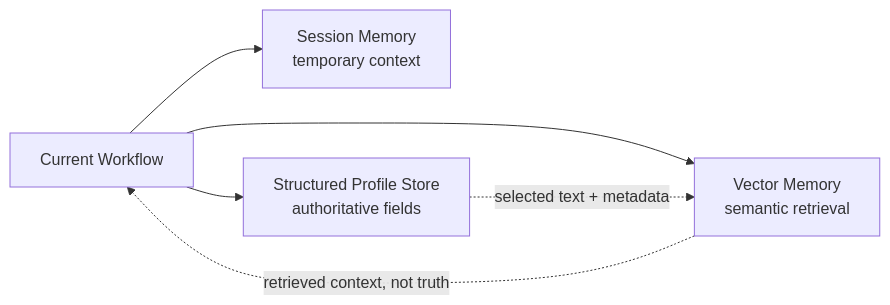
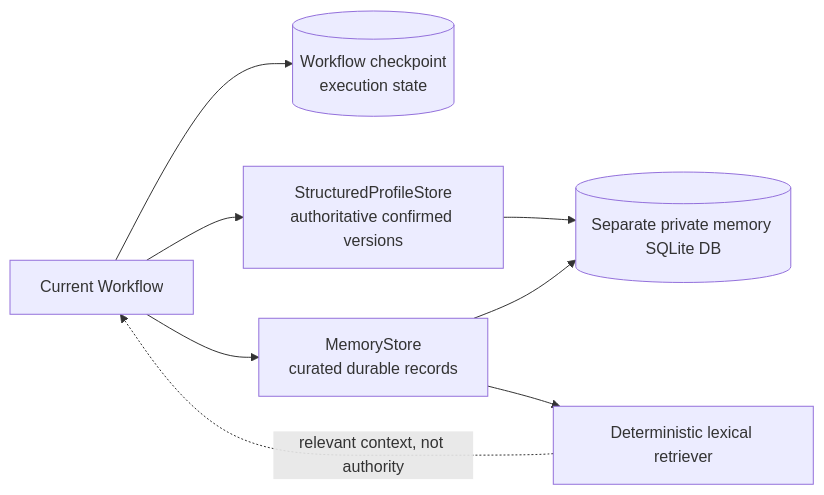
Before and after one commit to wangzch337-max/orange-career-agent: the third of 11 diagrams in ARCHITECTURE.md, drawn with Mermaid. The commit also changed other lines of this file and 24 other files, not shown here.

Commit message:
feat: add structured persistent memory layer

````diff
--- a/ARCHITECTURE.md
+++ b/ARCHITECTURE.md
@@ -97,8 +97,10 @@
 ```mermaid
 flowchart LR
-    C[Current Workflow] --> SM[Session Memory<br/>temporary context]
-    C --> PS[Structured Profile Store<br/>authoritative fields]
-    C --> VM[Vector Memory<br/>semantic retrieval]
-    PS -. selected text + metadata .-> VM
-    VM -. retrieved context, not truth .-> C
+    C[Current Workflow] --> CP[(Workflow checkpoint<br/>execution state)]
+    C --> PS[StructuredProfileStore<br/>authoritative confirmed versions]
+    C --> MS[MemoryStore<br/>curated durable records]
+    MS --> LR[Deterministic lexical retriever]
+    LR -. relevant context, not authority .-> C
+    PS --> DB[(Separate private memory SQLite DB)]
+    MS --> DB
 ```
````
